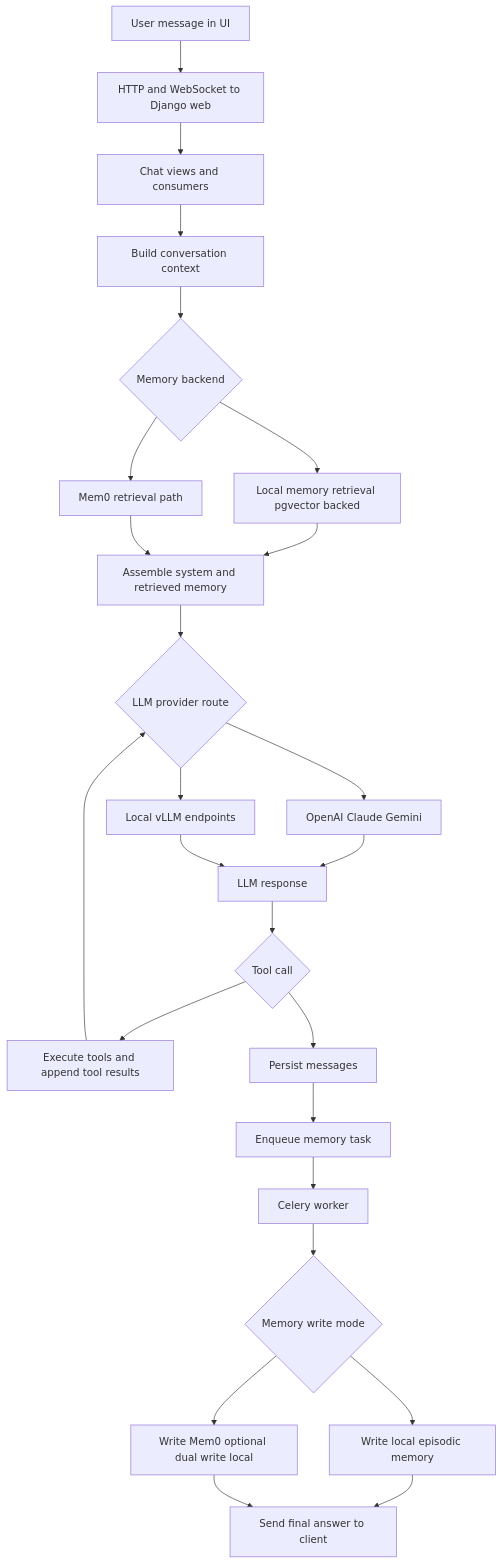
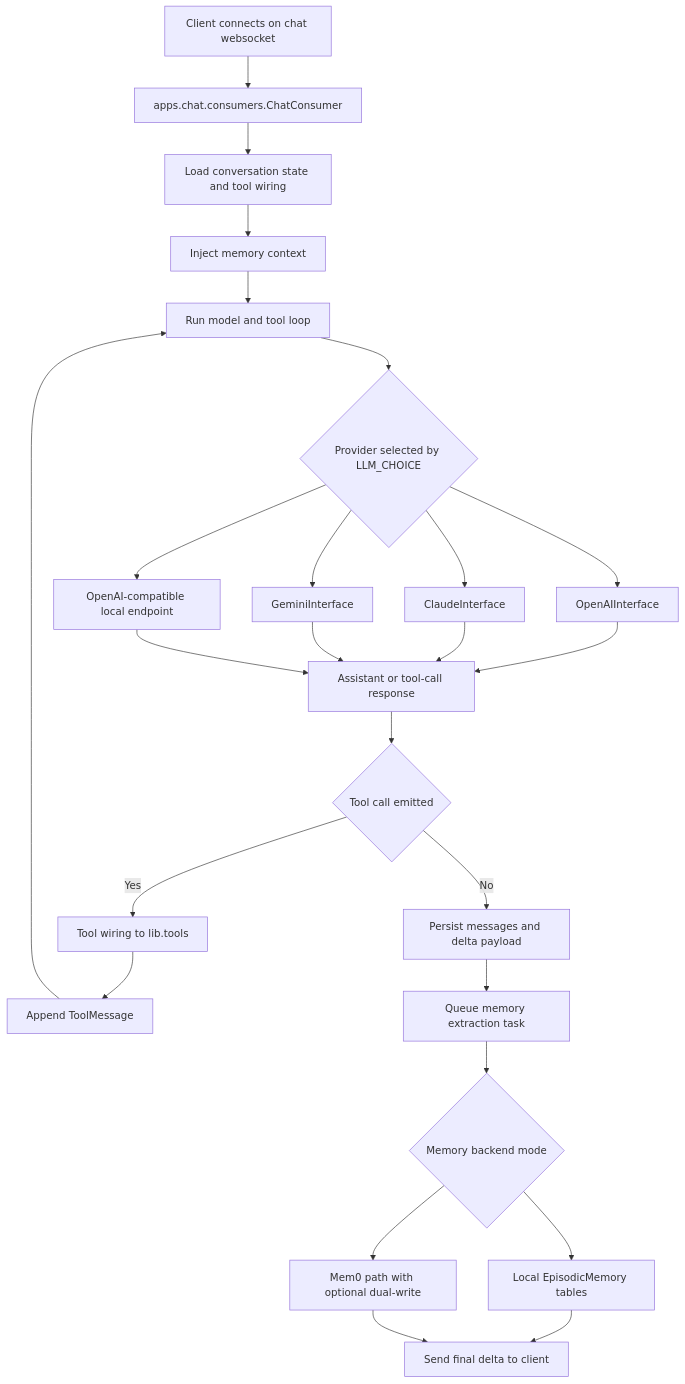
Before and after one commit to AquiLLM/AquiLLM: the second of 4 diagrams in docs/architecture/aquillm-current-architecture-mermaid.md, drawn with Mermaid. The commit also changed other lines of this file and 1 other file, not shown here.

Commit message:
Add documentation for architecture and code styles

````diff
--- a/docs/architecture/aquillm-current-architecture-mermaid.md
+++ b/docs/architecture/aquillm-current-architecture-mermaid.md
@@ -70,30 +58,31 @@
 ```mermaid
 flowchart TD
-  USER[User message in UI] --> WSHTTP[HTTP and WebSocket to Django web]
-  WSHTTP --> CHATAPI[Chat views and consumers]
-  CHATAPI --> BUILDCTX[Build conversation context]
-  BUILDCTX --> MEMSEL{Memory backend}
-  MEMSEL --> LOCALMEM[Local memory retrieval pgvector backed]
-  MEMSEL --> MEM0R[Mem0 retrieval path]
-  LOCALMEM --> PROMPT[Assemble system and retrieved memory]
-  MEM0R --> PROMPT
+  Start["Client connects on chat websocket"] --> Consumer["apps.chat.consumers.ChatConsumer"]
+  Consumer --> LoadState["Load conversation state and tool wiring"]
+  LoadState --> MemInject["Inject memory context"]
+  MemInject --> Spin["Run model and tool loop"]
 
-  PROMPT --> ROUTE{LLM provider route}
-  ROUTE --> HOSTED[OpenAI Claude Gemini]
-  ROUTE --> VLLM[Local vLLM endpoints]
+  Spin --> Provider{"Provider selected by LLM_CHOICE"}
+  Provider --> OpenAI["OpenAIInterface"]
+  Provider --> Claude["ClaudeInterface"]
+  Provider --> Gemini["GeminiInterface"]
+  Provider --> LocalOpenAICompat["OpenAI-compatible local endpoint"]
 
-  HOSTED --> RESP[LLM response]
-  VLLM --> RESP
-  RESP --> TOOL{Tool call}
-  TOOL --> TOOLS[Execute tools and append tool results]
-  TOOLS --> ROUTE
-  TOOL --> SAVE[Persist messages]
+  OpenAI --> Resp["Assistant or tool-call response"]
+  Claude --> Resp
+  Gemini --> Resp
+  LocalOpenAICompat --> Resp
 
-  SAVE --> ASYNC[Enqueue memory task]
-  ASYNC --> CELERY[Celery worker]
-  CELERY --> MEMWRITE{Memory write mode}
-  MEMWRITE --> LWRITE[Write local episodic memory]
-  MEMWRITE --> MWRITE[Write Mem0 optional dual write local]
-  LWRITE --> RET[Send final answer to client]
-  MWRITE --> RET
+  Resp --> ToolCall{"Tool call emitted"}
+  ToolCall -->|Yes| Tools["Tool wiring to lib.tools"]
+  Tools --> ToolResult["Append ToolMessage"]
+  ToolResult --> Spin
+  ToolCall -->|No| Persist["Persist messages and delta payload"]
+
+  Persist --> MemoryTask["Queue memory extraction task"]
+  MemoryTask --> MemoryWrite{"Memory backend mode"}
+  MemoryWrite --> LocalMem["Local EpisodicMemory tables"]
+  MemoryWrite --> Mem0["Mem0 path with optional dual-write"]
+  LocalMem --> Done["Send final delta to client"]
+  Mem0 --> Done
 ```
````
